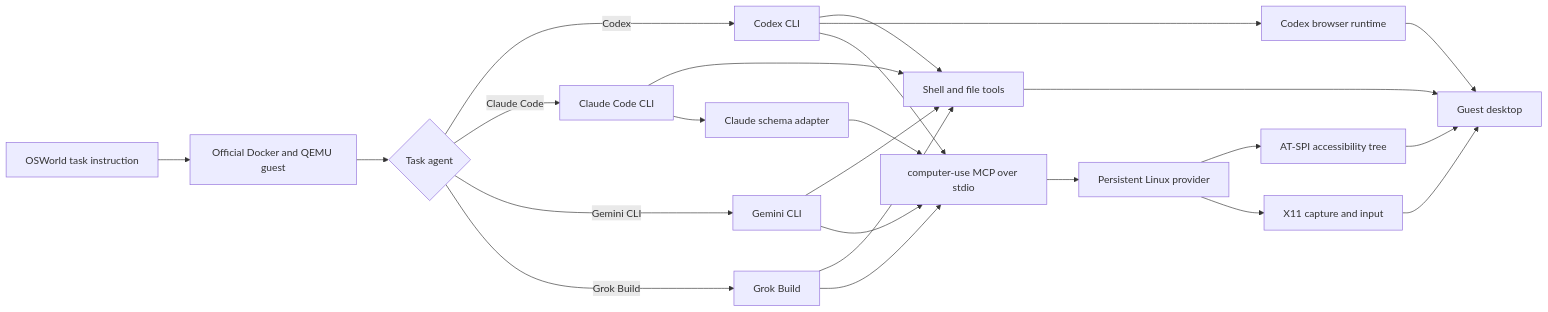
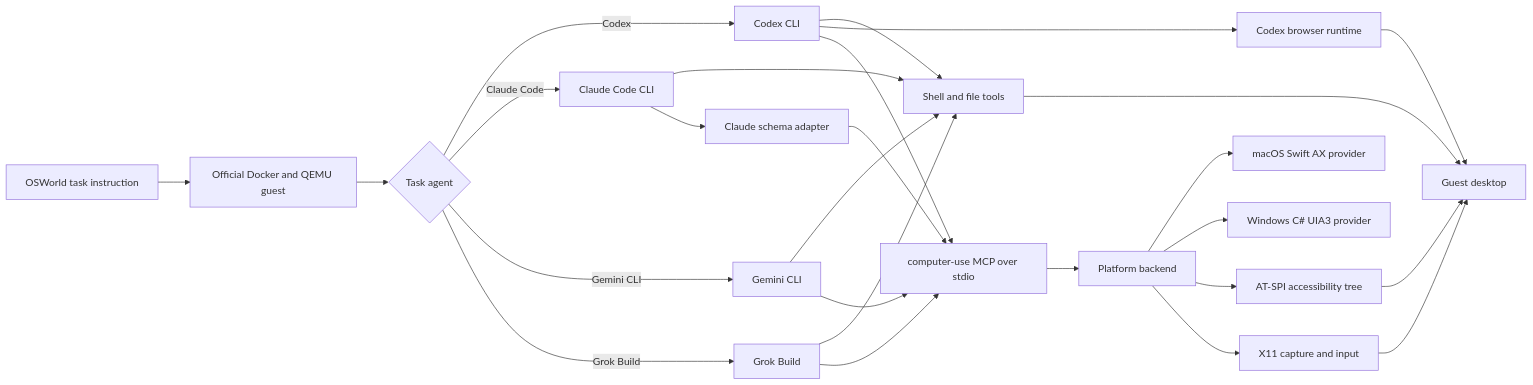
Before and after one commit to hqhq1025/hybrid-computer-use-oss: the diagram in README.md, drawn with Mermaid. The commit also changed other lines of this file and 351 other files, not shown here.

````diff
--- a/README.md
+++ b/README.md
@@ -19,26 +19,28 @@
 ```mermaid
 flowchart LR
     T[OSWorld task instruction] --> Q[Official Docker and QEMU guest]
     Q --> A{Task agent}
     A -->|Codex| CX[Codex CLI]
     A -->|Claude Code| CC[Claude Code CLI]
     A -->|Gemini CLI| GM[Gemini CLI]
     A -->|Grok Build| GK[Grok Build]
     CX --> SH[Shell and file tools]
     CC --> SH
     GM --> SH
     GK --> SH
     CX --> CDP[Codex browser runtime]
     CX --> MCP[computer-use MCP over stdio]
     CC --> AD[Claude schema adapter]
     AD --> MCP
     GM --> MCP
     GK --> MCP
-    MCP --> P[Persistent Linux provider]
+    MCP --> P[Platform backend]
+    P --> MAC[macOS Swift AX provider]
+    P --> WIN[Windows C# UIA3 provider]
     P --> ATSPI[AT-SPI accessibility tree]
     P --> X11[X11 capture and input]
     ATSPI --> D[Guest desktop]
     X11 --> D
     CDP --> D
     SH --> D
 ```
````
